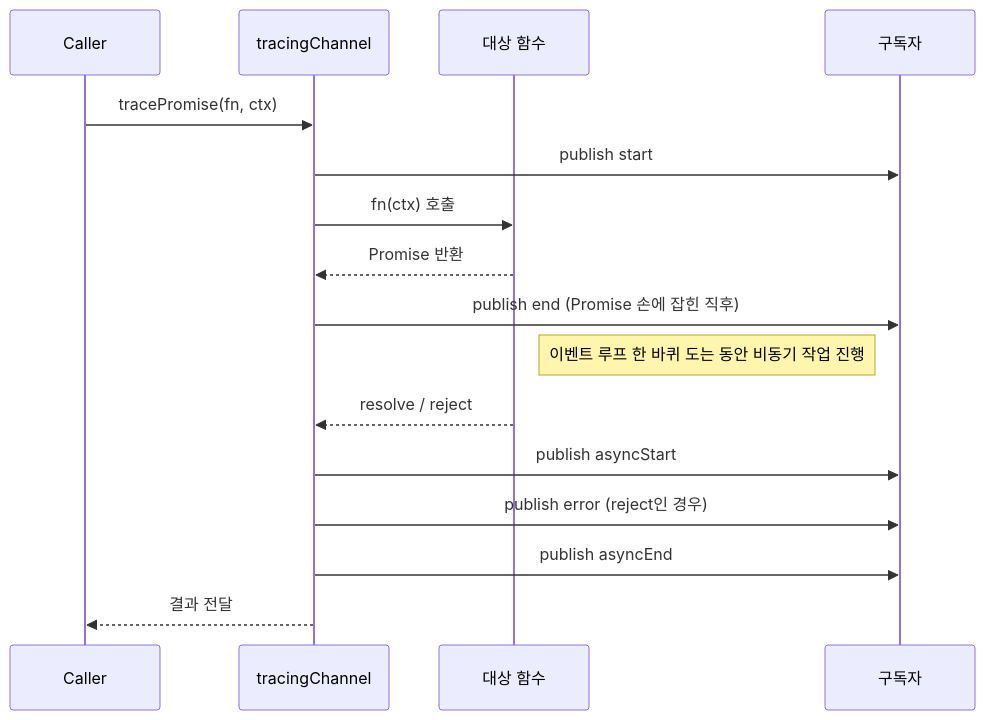
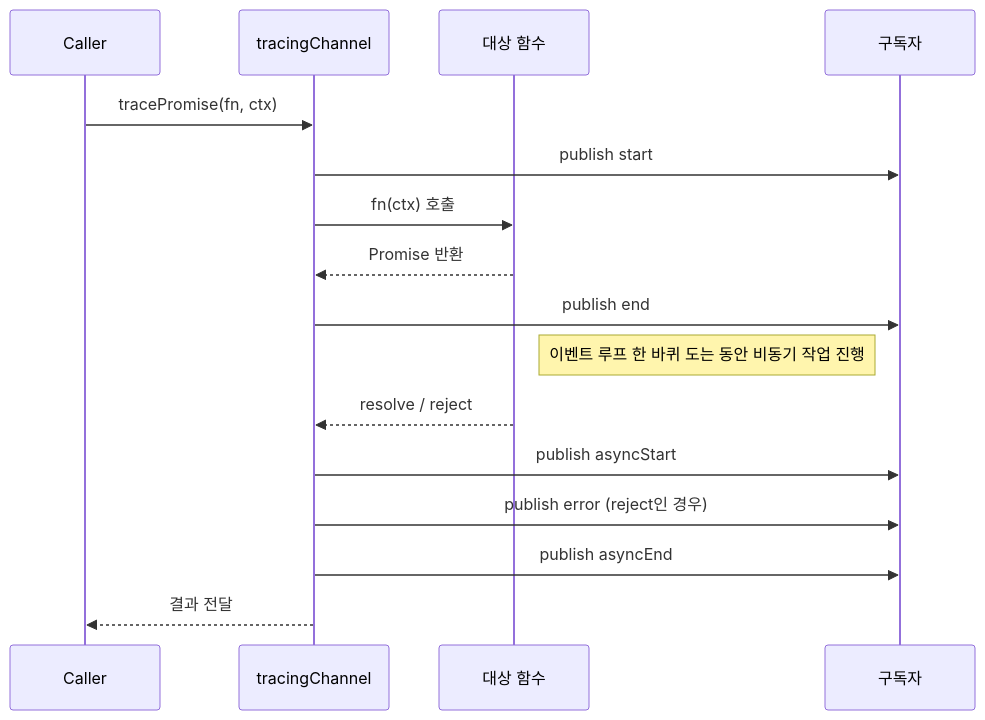
One commit to GYUTORY/YGSTUDY changed the first of 2 diagrams in Develop/Framework/Node/Diagnostics_Channel.md. Above: the diagram before and after it, drawn with Mermaid. The commit also changed other lines of this file and 14 other files, not shown here.

````diff
--- a/Develop/Framework/Node/Diagnostics_Channel.md
+++ b/Develop/Framework/Node/Diagnostics_Channel.md
@@ -181,19 +173,19 @@
 ```mermaid
 sequenceDiagram
     participant Caller
     participant Tracing as tracingChannel
     participant Fn as 대상 함수
     participant Sub as 구독자
 
     Caller->>Tracing: tracePromise(fn, ctx)
     Tracing->>Sub: publish start
     Tracing->>Fn: fn(ctx) 호출
     Fn-->>Tracing: Promise 반환
-    Tracing->>Sub: publish end (Promise 손에 잡힌 직후)
+    Tracing->>Sub: publish end
     Note right of Fn: 이벤트 루프 한 바퀴 도는 동안 비동기 작업 진행
     Fn-->>Tracing: resolve / reject
     Tracing->>Sub: publish asyncStart
     Tracing->>Sub: publish error (reject인 경우)
     Tracing->>Sub: publish asyncEnd
     Tracing-->>Caller: 결과 전달
 ```
````
